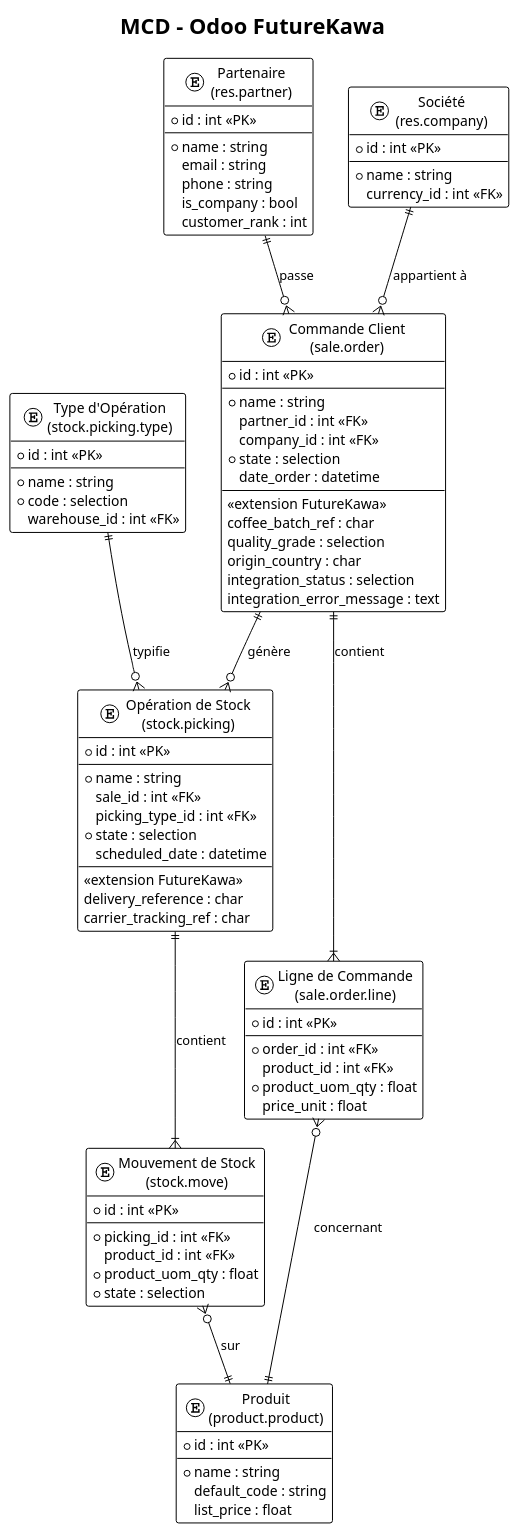
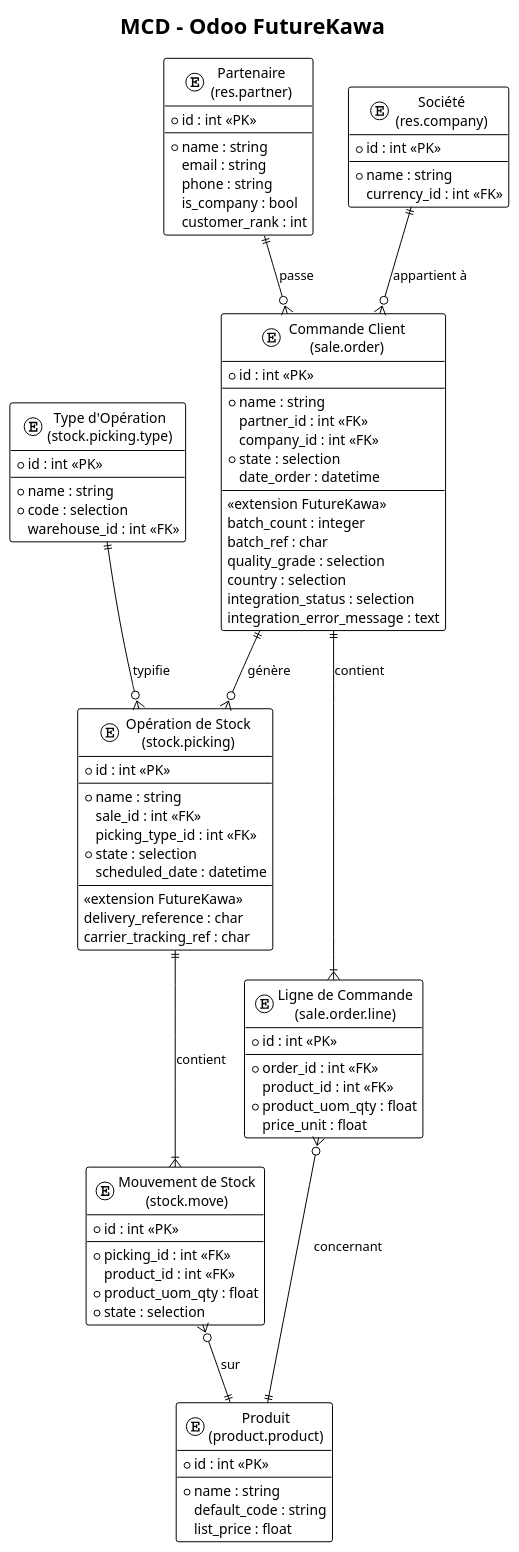
The diagram in Documentation/diagrammes/mcd_odoo.puml (FutureKawa-Nte-G2/FutureKawa), drawn with PlantUML before and after one commit. The commit also changed 19 other files, not shown here.

Commit message:
feat: associate orders with origin country and auto-generate batch references in Odoo

```diff
--- a/Documentation/diagrammes/mcd_odoo.puml
+++ b/Documentation/diagrammes/mcd_odoo.puml
@@ -1,99 +1,100 @@
 @startuml MCD_Odoo_FutureKawa
 
 !theme plain
 
 title MCD - Odoo FutureKawa
 
 entity "Commande Client\n(sale.order)" as SaleOrder {
   * id : int <<PK>>
   --
   * name : string
   partner_id : int <<FK>>
   company_id : int <<FK>>
   * state : selection
   date_order : datetime
   --
   <<extension FutureKawa>>
-  coffee_batch_ref : char
+  batch_count : integer
+  batch_ref : char
   quality_grade : selection
-  origin_country : char
+  country : selection
   integration_status : selection
   integration_error_message : text
 }
 
 entity "Ligne de Commande\n(sale.order.line)" as SaleOrderLine {
   * id : int <<PK>>
   --
   * order_id : int <<FK>>
   product_id : int <<FK>>
   * product_uom_qty : float
   price_unit : float
 }
 
 entity "Partenaire\n(res.partner)" as ResPartner {
   * id : int <<PK>>
   --
   * name : string
   email : string
   phone : string
   is_company : bool
   customer_rank : int
 }
 
 entity "Société\n(res.company)" as ResCompany {
   * id : int <<PK>>
   --
   * name : string
   currency_id : int <<FK>>
 }
 
 entity "Opération de Stock\n(stock.picking)" as StockPicking {
   * id : int <<PK>>
   --
   * name : string
   sale_id : int <<FK>>
   picking_type_id : int <<FK>>
   * state : selection
   scheduled_date : datetime
   --
   <<extension FutureKawa>>
   delivery_reference : char
   carrier_tracking_ref : char
 }
 
 entity "Mouvement de Stock\n(stock.move)" as StockMove {
   * id : int <<PK>>
   --
   * picking_id : int <<FK>>
   product_id : int <<FK>>
   * product_uom_qty : float
   * state : selection
 }
 
 entity "Type d'Opération\n(stock.picking.type)" as StockPickingType {
   * id : int <<PK>>
   --
   * name : string
   * code : selection
   warehouse_id : int <<FK>>
 }
 
 entity "Produit\n(product.product)" as ProductProduct {
   * id : int <<PK>>
   --
   * name : string
   default_code : string
   list_price : float
 }
 
 ' Relations conceptuelles
 ResPartner ||--o{ SaleOrder : "passe"
 ResCompany ||--o{ SaleOrder : "appartient à"
 SaleOrder ||--|{ SaleOrderLine : "contient"
 SaleOrderLine }o--|| ProductProduct : "concernant"
 SaleOrder ||--o{ StockPicking : "génère"
 StockPickingType ||--o{ StockPicking : "typifie"
 StockPicking ||--|{ StockMove : "contient"
 StockMove }o--|| ProductProduct : "sur"
 
 @enduml
```
